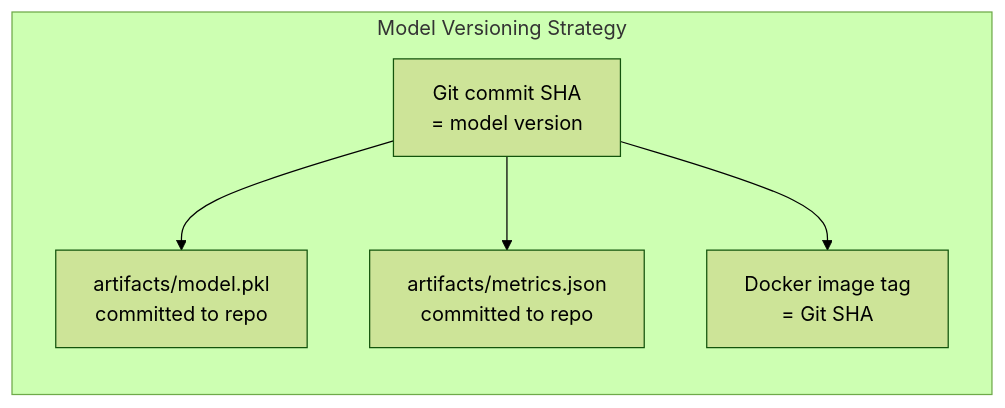
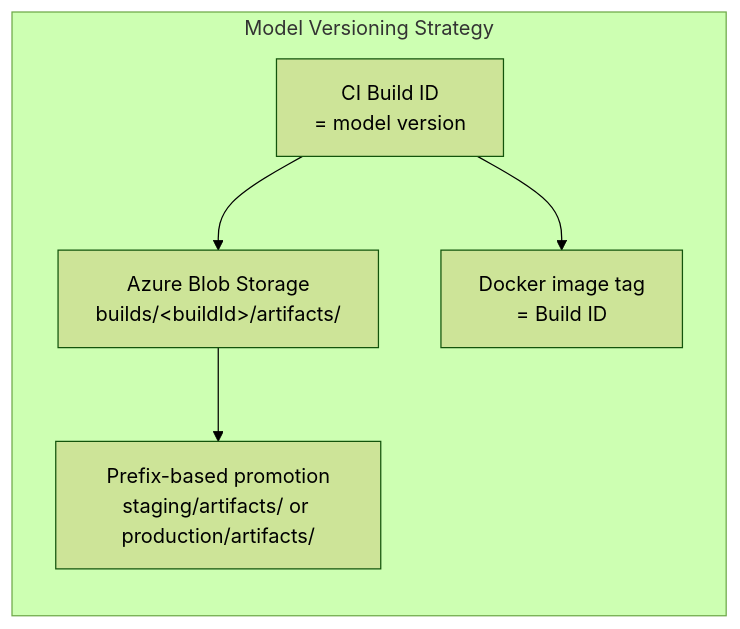
Before and after one commit to Annemarie-Bester/marketing-model-mlops-azure: the second of 4 diagrams in docs/mlops-lifecycle.md, drawn with Mermaid (forest theme). The commit also changed other lines of this file and 17 other files, not shown here.

````diff
--- a/docs/mlops-lifecycle.md
+++ b/docs/mlops-lifecycle.md
@@ -72,13 +72,13 @@
 ```mermaid
 flowchart LR
     subgraph Versioning["Model Versioning Strategy"]
-        GIT["Git commit SHA<br/>= model version"]
-        PKL["artifacts/model.pkl<br/>committed to repo"]
-        MET["artifacts/metrics.json<br/>committed to repo"]
-        TAG["Docker image tag<br/>= Git SHA"]
+        BUILD["CI Build ID<br/>= model version"]
+        BLOB["Azure Blob Storage<br/>builds/&lt;buildId&gt;/artifacts/"]
+        PROMOTE["Prefix-based promotion<br/>staging/artifacts/ or production/artifacts/"]
+        TAG["Docker image tag<br/>= Build ID"]
     end
 
-    GIT --> PKL
-    GIT --> MET
-    GIT --> TAG
+    BUILD --> BLOB
+    BLOB --> PROMOTE
+    BUILD --> TAG
 ```
````
